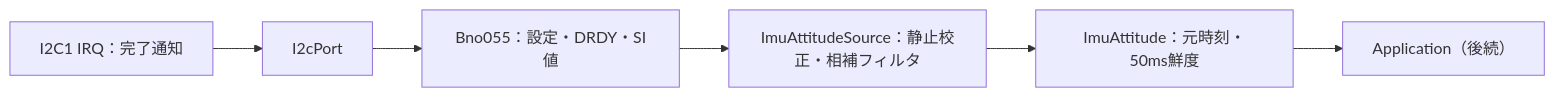
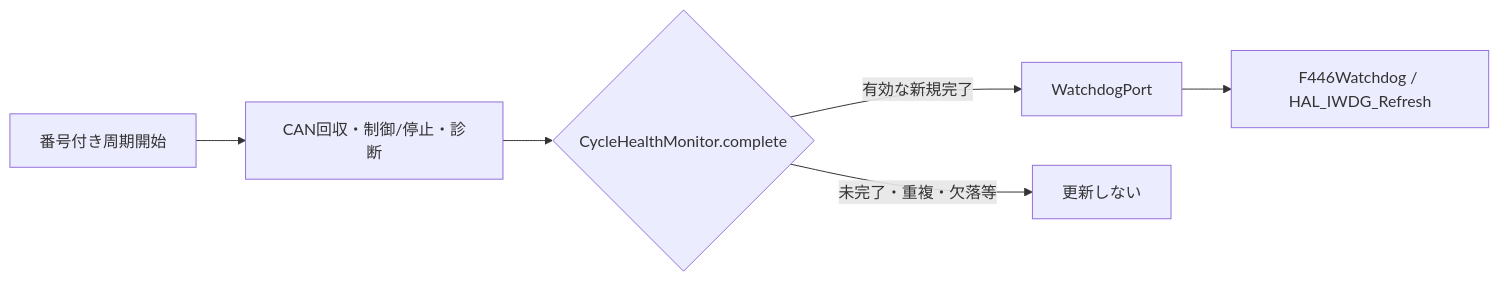
Before and after one commit to kou-pen/balancing: the eighth of 8 diagrams in docs/diagrams.md, drawn with Mermaid. The commit also changed other lines of this file and 16 other files, not shown here.

```diff
--- a/docs/diagrams.md
+++ b/docs/diagrams.md
@@ -465,8 +146,8 @@
 <pre class="mermaid">
 flowchart LR
-    IRQ["I2C1 IRQ：完了通知"] --> P["I2cPort"]
-    P --> B["Bno055：設定・DRDY・SI値"]
-    B --> F["ImuAttitudeSource：静止校正・相補フィルタ"]
-    F --> A["ImuAttitude：元時刻・50ms鮮度"]
-    A --> APP["Application（後続）"]
+    START["番号付き周期開始"] --> PROCESS["CAN回収・制御/停止・診断"]
+    PROCESS --> DONE{"CycleHealthMonitor.complete"}
+    DONE -->|有効な新規完了| PORT["WatchdogPort"]
+    PORT --> WDG["F446Watchdog / HAL_IWDG_Refresh"]
+    DONE -->|未完了・重複・欠落等| NO["更新しない"]
 </pre>
```
